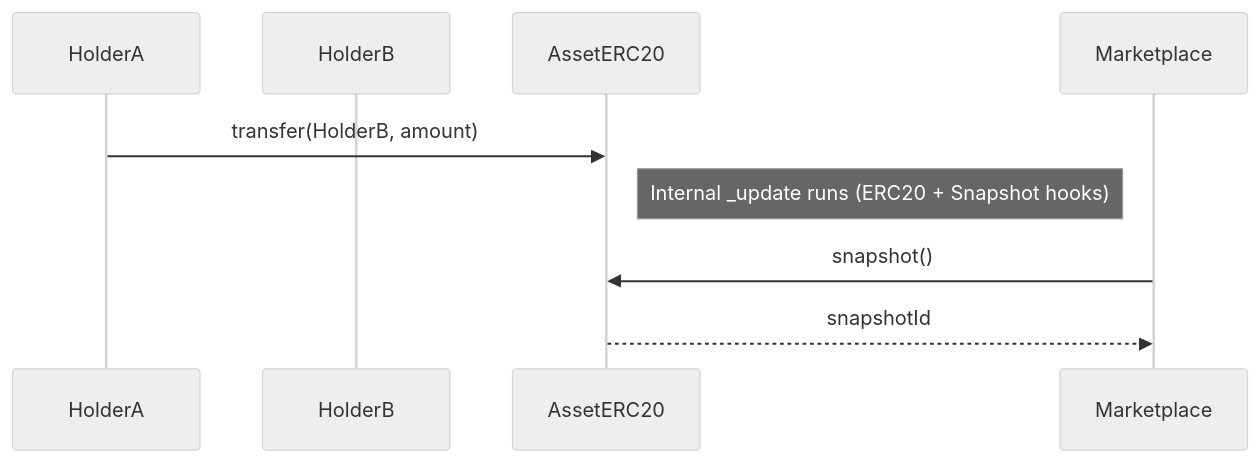
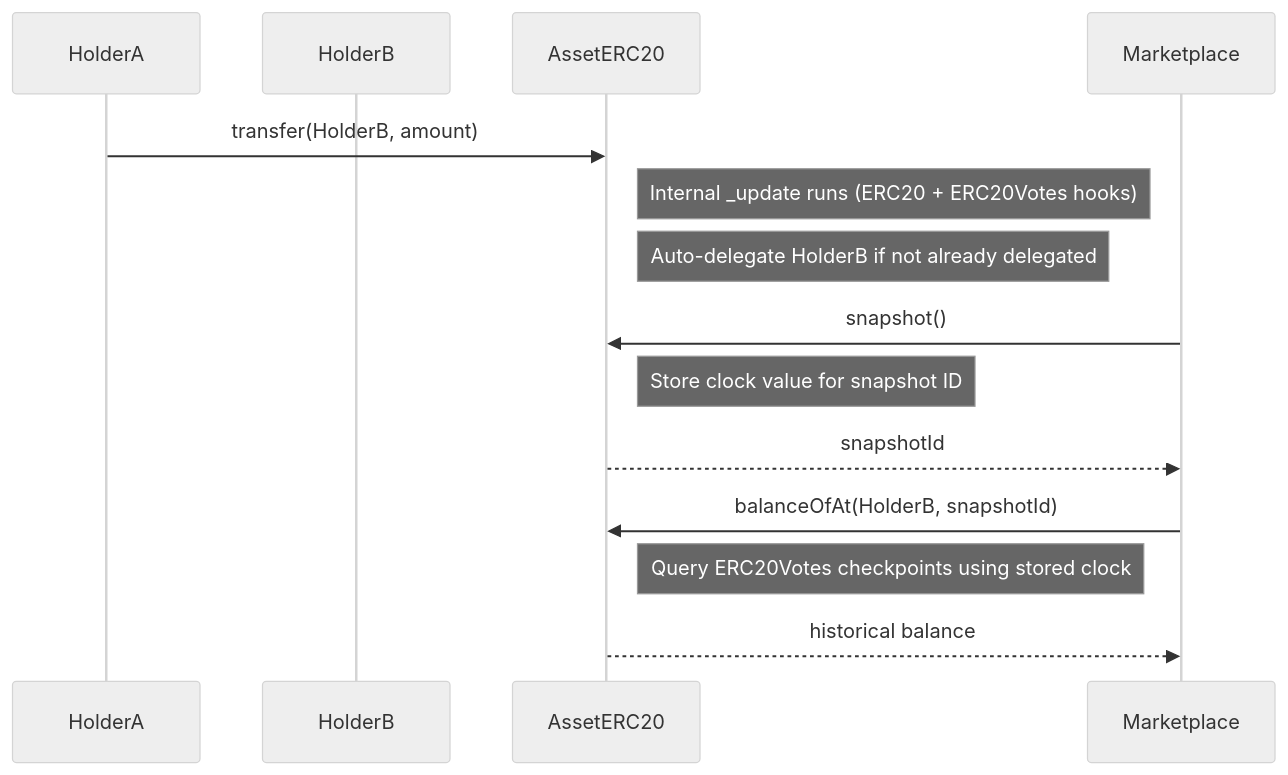
One commit to faas-tech/space-markets changed the first of 2 diagrams in docs/AssetERC20.md. Above: the diagram before and after it, drawn with Mermaid (neutral theme). The commit also changed other lines of this file and 95 other files, not shown here.

First line of the commit message:
feat: enhance protocol with ERC20Snapshot integration and marketplace upgrades

````diff
--- a/docs/AssetERC20.md
+++ b/docs/AssetERC20.md
@@ -32,13 +44,19 @@
 ```mermaid
 sequenceDiagram
   participant HolderA
   participant HolderB
   participant Token as AssetERC20
   participant Market as Marketplace
 
   HolderA->>Token: transfer(HolderB, amount)
-  Note right of Token: Internal _update runs (ERC20 + Snapshot hooks)
+  Note right of Token: Internal _update runs (ERC20 + ERC20Votes hooks)
+  Note right of Token: Auto-delegate HolderB if not already delegated
 
   Market->>Token: snapshot()
+  Note right of Token: Store clock value for snapshot ID
   Token-->>Market: snapshotId
+
+  Market->>Token: balanceOfAt(HolderB, snapshotId)
+  Note right of Token: Query ERC20Votes checkpoints using stored clock
+  Token-->>Market: historical balance
 ```
````
